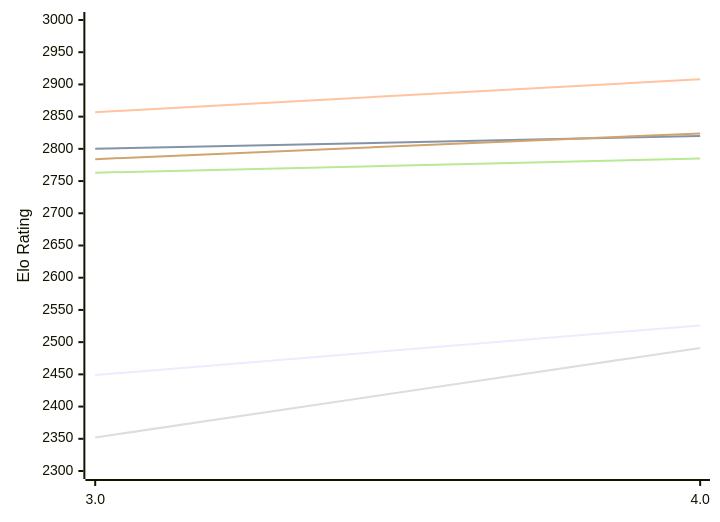
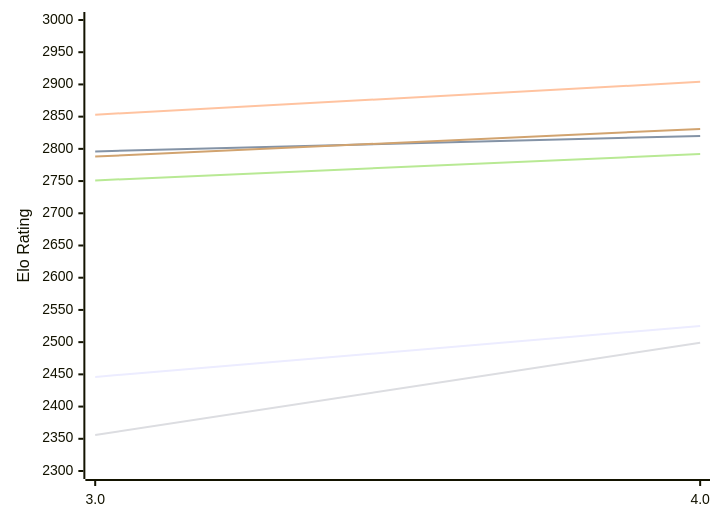
Before and after one commit to computer-chess-index/cci: the first of 2 diagrams in engines/Chess3.md, drawn with Mermaid. The commit also changed other lines of this file, not shown here.

Commit message:
Update CCI Ratings (ELO VLTC) - 2026-11-21

````diff
--- a/engines/Chess3.md
+++ b/engines/Chess3.md
@@ -50,12 +50,12 @@
 ```mermaid
 %%{init: {"theme":"base","themeVariables":{"seriesColors:['#a3a3a3','#222221','#faa371']}}}%%
 xychart-beta
   x-axis ["3.0", "4.0"]
   y-axis "Elo Rating" 2300 --> 3000
-  line "E1: STC (8.0+0.08s)" [2449, 2526]
-  line "E1: LTC (60.0+0.60s)" [2800, 2820]
-  line "E1: VLTC (2m24s+1.12s)" [2857, 2908]
-  line "P1: STC (8.0+0.08s)" [2352, 2491]
-  line "P1: LTC (60.0+0.60s)" [2763, 2785]
-  line "P1: VLTC (2m24s+1.12s)" [2784, 2824]
+  line "E1: STC (8.0+0.08s)" [2446, 2525]
+  line "E1: LTC (60.0+0.60s)" [2796, 2820]
+  line "E1: VLTC (2m24s+1.12s)" [2853, 2904]
+  line "P1: STC (8.0+0.08s)" [2356, 2499]
+  line "P1: LTC (60.0+0.60s)" [2751, 2792]
+  line "P1: VLTC (2m24s+1.12s)" [2788, 2831]
 ```
````
